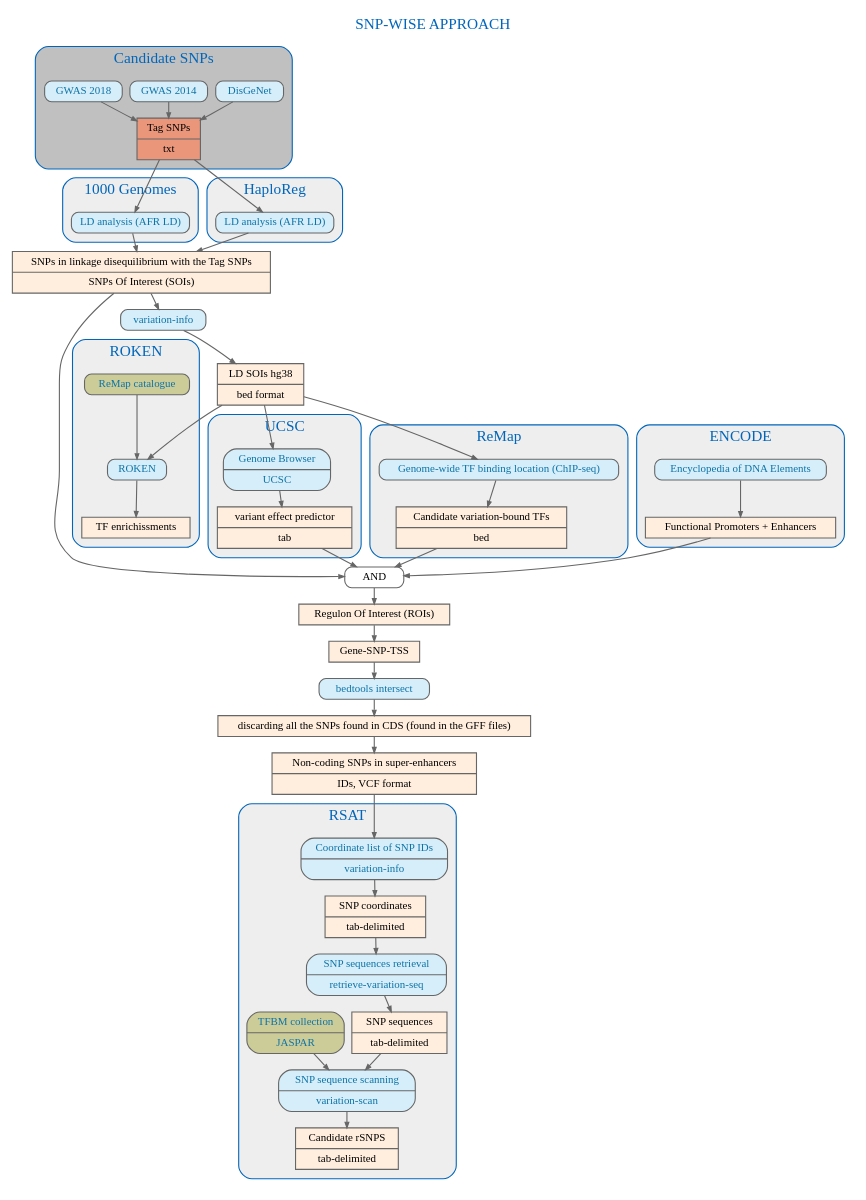
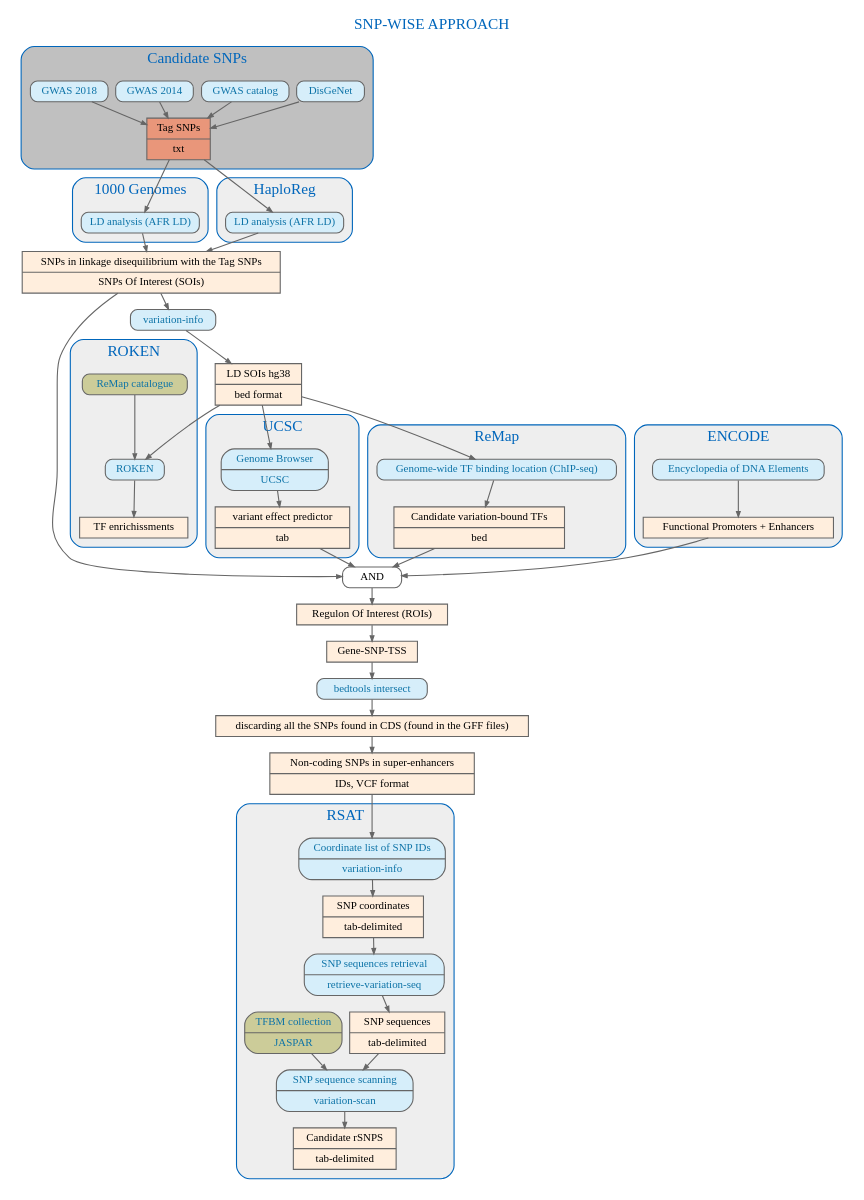
Before and after one commit to YvonFrid/malaria_rSNPs: the diagram in flowchart/snp_wise_approach.dot, drawn with Graphviz. The commit also changed 1 other file, not shown here.

```diff
--- a/flowchart/snp_wise_approach.dot
+++ b/flowchart/snp_wise_approach.dot
@@ -1,198 +1,200 @@
 digraph {
 
 	## General properties of the graph (font, color, ...)
 	graph [fontname="ArialBlack",fontsize="14", label="SNP-WISE APPROACH" labelloc="t", fontcolor="#0066BB", nodesep="0.1", ranksep="0.2"];
 	edge [fontname="ArialMT",fontsize="10",labelfontname="ArialMT",labelfontsize="10", arrowsize="0.5", color="#666666"];
 	node [fontname="ArialMT",fontsize="10",shape=record,height="0.2", color="#666666"];
 
 	subgraph cluster_0 {
 		color="#0066BB";
 		bgcolor="#C0C0C0";
 		label = "Candidate SNPs";
 		style="rounded";
 
 	## Rechearch of candidate SNPs
 	disgenet [shape="record", style="rounded,filled", fillcolor="#D6EEFA", label="{DisGeNet}", URL="http://www.disgenet.org/web/DisGeNET/menu/browser/tab22?3&pview=default&pf=http://www.disgenet.org/web/DisGeNET%3Fdata/diseases::C0024530::de&pf=/data/sources::ALL::de", fontcolor="#0D73A7"];
+	gwascatalog [shape="record", style="rounded,filled", fillcolor="#D6EEFA", label="{GWAS catalog}", URL="https://www.ebi.ac.uk/gwas/search?query=malaria", fontcolor="#0D73A7"];
 	gwas2014 [shape="record", style="rounded,filled", fillcolor="#D6EEFA", label="{GWAS 2014}", URL="https://www.ncbi.nlm.nih.gov/pmc/articles/PMC4617542/", fontcolor="#0D73A7"];
 	gwas2018 [shape="record", style="rounded,filled", fillcolor="#D6EEFA", label="{GWAS 2018}", URL="http://journals.plos.org/plosgenetics/article?id=10.1371/journal.pgen.1007172", fontcolor="#0D73A7"];
 	tag_snps  [shape="record", style="filled", fillcolor="#E9967A", label="{Tag SNPs|txt}"];
 	}
 
 	disgenet -> tag_snps
+	gwascatalog -> tag_snps
 	gwas2014 -> tag_snps
 	gwas2018 -> tag_snps
 
 	subgraph cluster_1 {
 		color="#0066BB";
 		bgcolor="#EEEEEE";
 		label = "1000 Genomes";
 		style="rounded";
 
 	## 1000 genomes
 	tag_snps ->  g1000
 	g1000 [shape="record", style="rounded,filled", fillcolor="#D6EEFA", label="{LD analysis (AFR LD)}", URL="ftp://ftp-trace.ncbi.nih.gov/1000genomes/ftp", fontcolor="#0D73A7"];
 	
 	}
 
 	g1000 -> soi
 
 	soi [shape="record", style="filled", fillcolor="#FFEEDD", label="{SNPs in linkage disequilibrium with the Tag SNPs | SNPs Of Interest (SOIs)}"];
 
 	soi -> and 
 
 	and  [shape="record", style="rounded,filled", fillcolor="#FFFFFF", label="{AND}"];
 
 	soi -> varinfo
 
 	varinfo[shape="record", style="rounded,filled", fillcolor="#D6EEFA", label="{variation-info}", fontcolor="#0D73A7"];
 
 	varinfo -> ldsnp
 
 	ldsnp [shape="record", style="filled", fillcolor="#FFEEDD", label="{LD SOIs hg38| bed format}"];
 
 	ldsnp -> roken
 	ldsnp -> ucsc
 
 
 subgraph cluster_7 {
 		color="#0066BB";
 		bgcolor="#EEEEEE";
 		label = "UCSC";
 		style="rounded";
 
 		## d’UCSC Genome Browser 
 		ucsc[shape="record", style="rounded,filled", fillcolor="#D6EEFA", label="{Genome Browser | UCSC}", URL="https://genome.ucsc.edu/cgi-bin/hgTables", fontcolor="#0D73A7"];
 		ucsc -> ensembl
 		ensembl [shape="record", style="filled", fillcolor="#FFEEDD", label="{variant effect predictor| tab }"];
 				}
 
 	ensembl -> and
 	
 subgraph cluster_8 {
 		color="#0066BB";
 		bgcolor="#EEEEEE";
 		label = "ROKEN";
 		style="rounded";
 
 		roken [shape="record", style="rounded,filled", fillcolor="#D6EEFA", label="{ROKEN}", fontcolor="#0D73A7"];
 	
 
 		remapcatalogue [shape="record", style="rounded,filled", fillcolor="#CCCC99", label="{ReMap catalogue}", URL="http://tagc.univ-mrs.fr/remap/index.php?page=download/", fontcolor="#0D73A7"];
 
 	remapcatalogue -> roken
 	roken -> tfenrichissment
 
 	tfenrichissment [shape="record", style="filled", fillcolor="#FFEEDD", label="{TF enrichissments}"];
 
 		}
 	
 subgraph cluster_2 {
 		color="#0066BB";
 		bgcolor="#EEEEEE";
 		label = "HaploReg";
 		style="rounded";
 
 	## HaploReg
 	tag_snps ->  haploreg
 	haploreg [shape="record", style="rounded,filled", fillcolor="#D6EEFA", label="{LD analysis (AFR LD)}", URL="http://archive.broadinstitute.org/mammals/haploreg/haploreg.php", fontcolor="#0D73A7"];
 	}
 
 	haploreg -> soi
 
 
 ldsnp -> remap
 
 
 		## REMAP
 subgraph cluster_3 {
 		color="#0066BB";
 		bgcolor="#EEEEEE";
 		label = "ReMap";
 		style="rounded";
 
 		remap[shape="record", style="rounded,filled", fillcolor="#D6EEFA", label="{Genome-wide TF binding location (ChIP-seq)}", URL="http://tagc.univ-mrs.fr/remap/", fontcolor="#0D73A7"];
 		remap -> snp_TF_candidates
 		snp_TF_candidates [shape="record", style="filled", fillcolor="#FFEEDD", label="{Candidate variation-bound TFs| bed }"];
 	}
 
 	snp_TF_candidates -> and
 
 	
 	
 	subgraph cluster_4 {
 		color="#0066BB";
 		bgcolor="#EEEEEE";
 		label = "ENCODE";
 		style="rounded";
 
 		## ENCODE
 
 		encode[shape="record", style="rounded,filled", fillcolor="#D6EEFA", label="{Encyclopedia of DNA Elements}", URL="https://www.encodeproject.org", fontcolor="#0D73A7"];
 		encode -> enhancers
 		enhancers [shape="record", style="filled", fillcolor="#FFEEDD", label="{Functional Promoters + Enhancers}"];	
 	}
 
 enhancers -> and
 and -> roi
 
 	roi [shape="record", style="filled", fillcolor="#FFEEDD", label="{Regulon Of Interest (ROIs)}"];
 
 	roi -> tss
 
 	tss [shape="record", style="filled", fillcolor="#FFEEDD", label="{Gene-SNP-TSS}"];
 
 	tss -> bedtools
 
 	bedtools [shape="record", style="rounded,filled", fillcolor="#D6EEFA", label="{bedtools intersect}", fontcolor="#0D73A7"];
 
 	bedtools -> gff
 
 	gff [shape="record", style="filled", fillcolor="#FFEEDD", label="{discarding all the SNPs found in CDS (found in the GFF files)}"];
 
 	gff-> bed_results
 
 	bed_results [shape="record", style="filled", fillcolor="#FFEEDD", label="{Non-coding SNPs in super-enhancers | IDs, VCF format}"];
 
 
 
 	bed_results -> variation_info
 
 	subgraph cluster_5 {
 		color="#0066BB";
 		bgcolor="#EEEEEE";
 		label = "RSAT";
 		style="rounded";
 
 	## variation-info
 	variation_info [shape="record", style="rounded,filled", fillcolor="#D6EEFA", label="{Coordinate list of SNP IDs| variation-info}", URL="http://rsat.sb-roscoff.fr/variation-info_form.cgi", fontcolor="#0D73A7"];
 	variation_info -> snp_info
 	snp_info [shape="record", style="filled", fillcolor="#FFEEDD", label="{SNP coordinates | tab-delimited }"];
 
 	snp_info -> retrieve_variation_seq
 
 	## retrieve-variation-seq
 	retrieve_variation_seq  [shape="record", style="rounded,filled", fillcolor="#D6EEFA", label="{SNP sequences retrieval | retrieve-variation-seq}", URL="http://rsat.sb-roscoff.fr/retrieve-variation-seq_form.cgi", fontcolor="#0D73A7"];
 	retrieve_variation_seq -> snp_seq
 	snp_seq  [shape="record", style="filled", fillcolor="#FFEEDD", label="{SNP sequences | tab-delimited }"];
 	
 	snp_seq -> variation_scan
 
 
 	## variation-scan
 	variation_scan   [shape="record", style="rounded,filled", fillcolor="#D6EEFA", label="{SNP sequence scanning | variation-scan}", URL="http://rsat.sb-roscoff.fr/variation-scan_form.cgi", fontcolor="#0D73A7"];
 	
 	variation_scan -> candidate_rsnps
 
 	candidate_rsnps   [shape="record", style="filled", fillcolor="#FFEEDD", label="{Candidate rSNPS | tab-delimited }"];
 	
 
 	
 	## Jaspar matrice database
 	jaspar_matrices  [shape="record", style="rounded,filled", fillcolor="#CCCC99", label="{TFBM collection | JASPAR}", URL="http://jaspar.genereg.net/", fontcolor="#0D73A7"];
 	
 
 	jaspar_matrices -> variation_scan
 	}
 
 
 }
```
